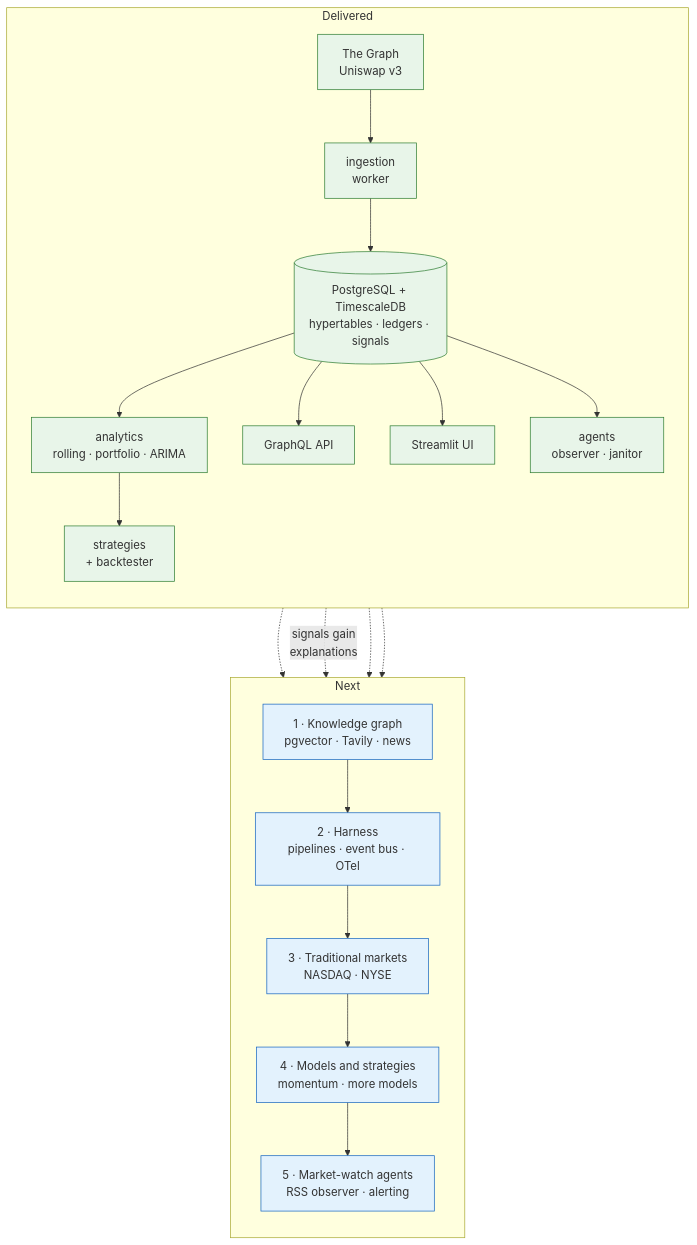
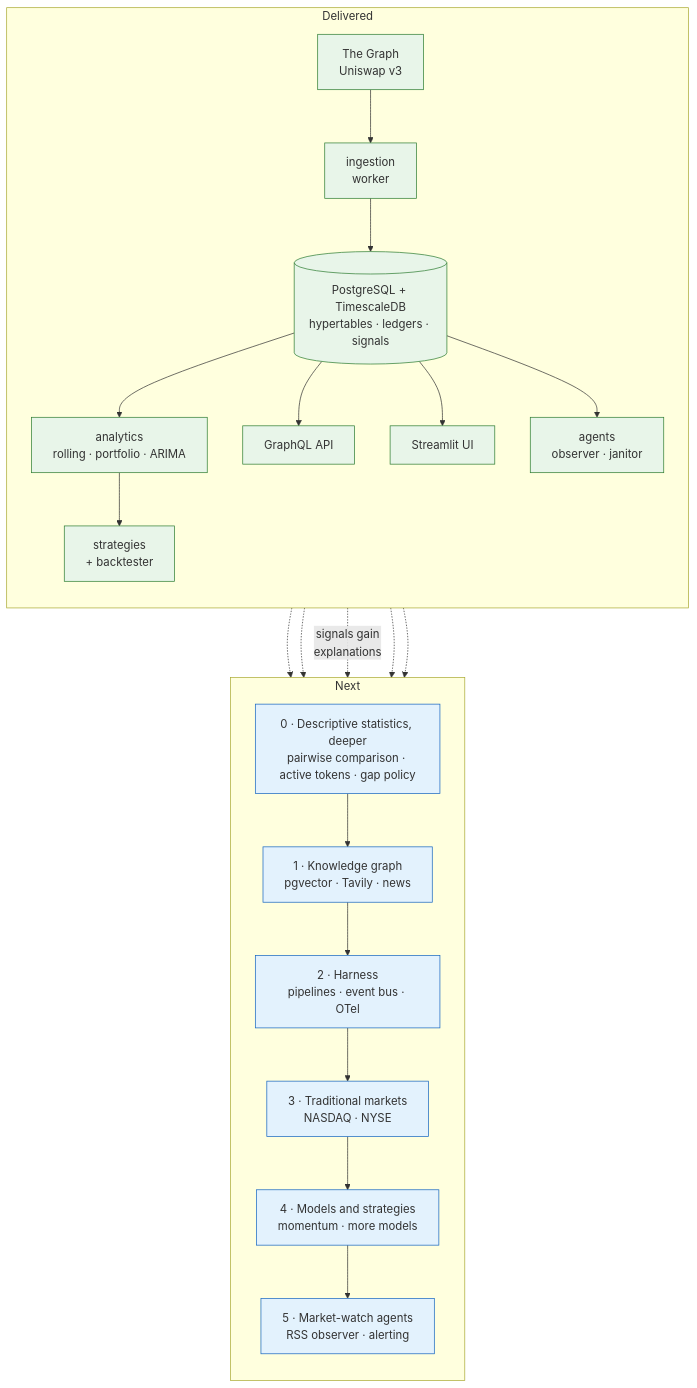
One commit to stamzid/candlegraph changed the diagram in docs/roadmap/DESIGN.md. Above: the diagram before and after it, drawn with Mermaid. The commit also changed other lines of this file and 7 other files, not shown here.

````diff
--- a/docs/roadmap/DESIGN.md
+++ b/docs/roadmap/DESIGN.md
@@ -26,33 +26,35 @@
 ```mermaid
 flowchart TB
   subgraph built["Delivered"]
     direction TB
     G["The Graph<br/>Uniswap v3"] --> ING["ingestion<br/>worker"]
     ING --> DB[("PostgreSQL + TimescaleDB<br/>hypertables · ledgers · signals")]
     DB --> AN["analytics<br/>rolling · portfolio · ARIMA"]
     AN --> ST["strategies<br/>+ backtester"]
     DB --> API["GraphQL API"]
     DB --> UI["Streamlit UI"]
     DB --> AG["agents<br/>observer · janitor"]
   end
 
   subgraph next["Next"]
     direction TB
+    DS["0 · Descriptive statistics, deeper<br/>pairwise comparison · active tokens · gap policy"]
     KG["1 · Knowledge graph<br/>pgvector · Tavily · news"]
     H["2 · Harness<br/>pipelines · event bus · OTel"]
     TM["3 · Traditional markets<br/>NASDAQ · NYSE"]
     MS["4 · Models and strategies<br/>momentum · more models"]
     MA["5 · Market-watch agents<br/>RSS observer · alerting"]
-    KG --> H --> TM --> MS --> MA
+    DS --> KG --> H --> TM --> MS --> MA
   end
 
+  AN -.-> DS
   DB -.-> KG
   ST -.->|"signals gain<br/>explanations"| KG
   ING -.-> H
   AG -.-> MA
 
   classDef done fill:#e8f5e9,stroke:#2e7d32
   classDef todo fill:#e3f2fd,stroke:#1565c0
   class G,ING,DB,AN,ST,API,UI,AG done
-  class KG,H,TM,MS,MA todo
+  class DS,KG,H,TM,MS,MA todo
 ```
````
